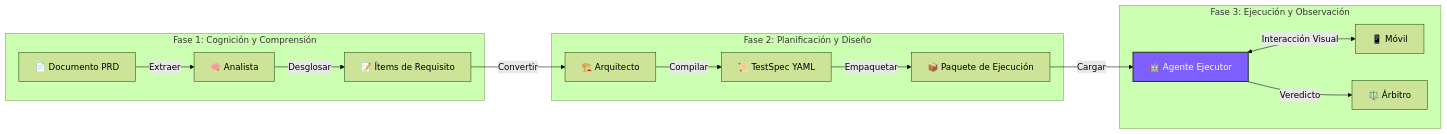
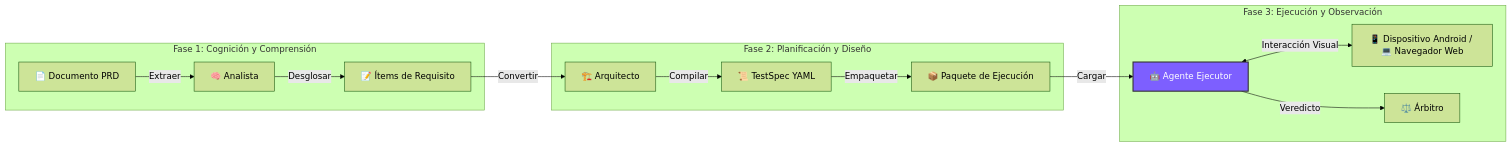
One commit to Yell0wMe/TesterAgent changed the diagram in README.es.md. Above: the diagram before and after it, drawn with Mermaid (forest theme). The commit also changed other lines of this file and 4 other files, not shown here.

````diff
--- a/README.es.md
+++ b/README.es.md
@@ -63,21 +67,21 @@
 ```mermaid
 graph LR
     subgraph "Fase 1: Cognición y Comprensión"
     Doc[📄 Documento PRD] -->|Extraer| Miner[🧠 Analista]
     Miner -->|Desglosar| Reqs[📝 Ítems de Requisito]
     end
 
     subgraph "Fase 2: Planificación y Diseño"
     Reqs -->|Convertir| Synthesizer[🏗️ Arquitecto]
     Synthesizer -->|Compilar| Spec[📜 TestSpec YAML]
     Spec -->|Empaquetar| Bundle[📦 Paquete de Ejecución]
     end
 
     subgraph "Fase 3: Ejecución y Observación"
     Bundle -->|Cargar| Runner[🤖 Agente Ejecutor]
-    Runner <-->|Interacción Visual| Phone[📱 Móvil]
+    Runner <-->|Interacción Visual| Device[📱 Dispositivo Android / 💻 Navegador Web]
     Runner -->|Veredicto| Judge[⚖️ Árbitro]
     end
 
     style Runner fill:#7d5fff,stroke:#333,stroke-width:2px,color:white
 ```
````
